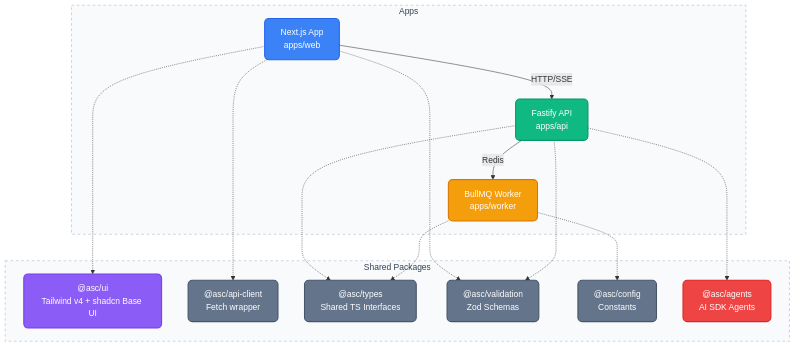
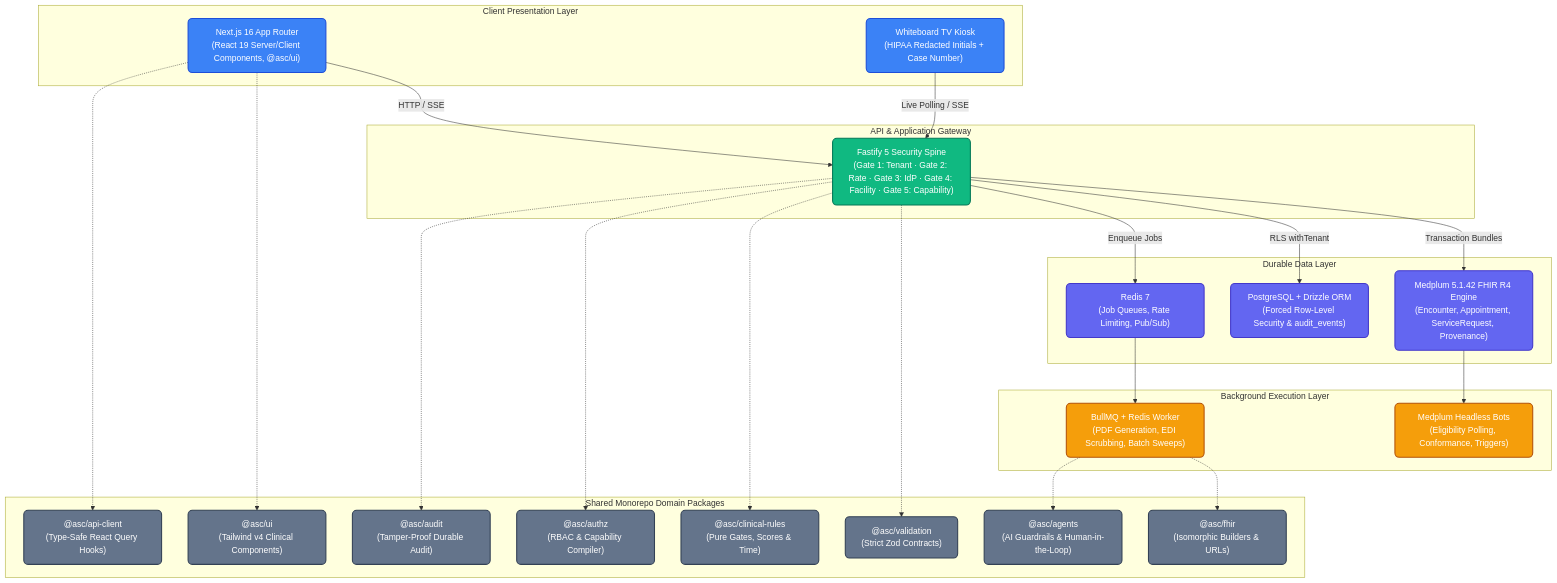
Before and after one commit to imRahul05/ASC-EHR: the third of 3 diagrams in README.md, drawn with Mermaid. The commit also changed other lines of this file, not shown here.

Commit message:
docs: overhaul root README with Anurag's ASC OS specification and delivery roadmap

````diff
--- a/README.md
+++ b/README.md
@@ -7,41 +163,56 @@
 ```mermaid
 flowchart TD
-    %% Node Styling Definitions
-    classDef webApp fill:#3b82f6,stroke:#2563eb,stroke-width:2px,color:#fff,rx:8px,ry:8px
-    classDef apiApp fill:#10b981,stroke:#059669,stroke-width:2px,color:#fff,rx:8px,ry:8px
-    classDef workerApp fill:#f59e0b,stroke:#d97706,stroke-width:2px,color:#fff,rx:8px,ry:8px
-    classDef packageUI fill:#8b5cf6,stroke:#7c3aed,stroke-width:2px,color:#fff,rx:8px,ry:8px
-    classDef packageCore fill:#64748b,stroke:#475569,stroke-width:2px,color:#fff,rx:8px,ry:8px
-    classDef packageAI fill:#ef4444,stroke:#dc2626,stroke-width:2px,color:#fff,rx:8px,ry:8px
-    classDef container fill:#f8fafc,stroke:#cbd5e1,stroke-width:2px,stroke-dasharray: 5 5,color:#334155
+    classDef clientLayer fill:#3b82f6,stroke:#1d4ed8,stroke-width:2px,color:#fff,rx:8px,ry:8px
+    classDef apiLayer fill:#10b981,stroke:#047857,stroke-width:2px,color:#fff,rx:8px,ry:8px
+    classDef workerLayer fill:#f59e0b,stroke:#b45309,stroke-width:2px,color:#fff,rx:8px,ry:8px
+    classDef dataLayer fill:#6366f1,stroke:#4338ca,stroke-width:2px,color:#fff,rx:8px,ry:8px
+    classDef packageLayer fill:#64748b,stroke:#334155,stroke-width:2px,color:#fff,rx:8px,ry:8px
 
-    subgraph Apps ["Apps"]
-        Web["Next.js App<br/>apps/web"]:::webApp
-        API["Fastify API<br/>apps/api"]:::apiApp
-        Worker["BullMQ Worker<br/>apps/worker"]:::workerApp
+    subgraph Client ["Client Presentation Layer"]
+        Web["Next.js 16 App Router<br/>(React 19 Server/Client Components, @asc/ui)"]:::clientLayer
+        Kiosk["Whiteboard TV Kiosk<br/>(HIPAA Redacted Initials + Case Number)"]:::clientLayer
     end
 
-    subgraph SharedPackages ["Shared Packages"]
-        UI["@asc/ui<br/>Tailwind v4 + shadcn Base UI"]:::packageUI
-        APIClient["@asc/api-client<br/>Fetch wrapper"]:::packageCore
-        Types["@asc/types<br/>Shared TS Interfaces"]:::packageCore
-        Validation["@asc/validation<br/>Zod Schemas"]:::packageCore
-        Config["@asc/config<br/>Constants"]:::packageCore
-        Agents["@asc/agents<br/>AI SDK Agents"]:::packageAI
+    subgraph Gateway ["API & Application Gateway"]
+        API["Fastify 5 Security Spine<br/>(Gate 1: Tenant · Gate 2: Rate · Gate 3: IdP · Gate 4: Facility · Gate 5: Capability)"]:::apiLayer
     end
 
-    class Apps,SharedPackages container
+    subgraph AsyncWorker ["Background Execution Layer"]
+        Worker["BullMQ + Redis Worker<br/>(PDF Generation, EDI Scrubbing, Batch Sweeps)"]:::workerLayer
+        Bots["Medplum Headless Bots<br/>(Eligibility Polling, Conformance, Triggers)"]:::workerLayer
+    end
 
-    Web -->|HTTP/SSE| API
-    Web -.-> UI
-    Web -.-> APIClient
-    Web -.-> Validation
-    
-    API -->|Redis| Worker
+    subgraph DataStore ["Durable Data Layer"]
+        Medplum["Medplum 5.1.42 FHIR R4 Engine<br/>(Encounter, Appointment, ServiceRequest, Provenance)"]:::dataLayer
+        Postgres["PostgreSQL + Drizzle ORM<br/>(Forced Row-Level Security & audit_events)"]:::dataLayer
+        RedisStore["Redis 7<br/>(Job Queues, Rate Limiting, Pub/Sub)"]:::dataLayer
+    end
+
+    subgraph Packages ["Shared Monorepo Domain Packages"]
+        Validation["@asc/validation<br/>(Strict Zod Contracts)"]:::packageLayer
+        FHIRPkg["@asc/fhir<br/>(Isomorphic Builders & URLs)"]:::packageLayer
+        RulesPkg["@asc/clinical-rules<br/>(Pure Gates, Scores & Time)"]:::packageLayer
+        AuthzPkg["@asc/authz<br/>(RBAC & Capability Compiler)"]:::packageLayer
+        UIPkg["@asc/ui<br/>(Tailwind v4 Clinical Components)"]:::packageLayer
+        ClientPkg["@asc/api-client<br/>(Type-Safe React Query Hooks)"]:::packageLayer
+        AgentPkg["@asc/agents<br/>(AI Guardrails & Human-in-the-Loop)"]:::packageLayer
+        AuditPkg["@asc/audit<br/>(Tamper-Proof Durable Audit)"]:::packageLayer
+    end
+
+    Web -->|HTTP / SSE| API
+    Kiosk -->|Live Polling / SSE| API
+    API -->|Transaction Bundles| Medplum
+    API -->|RLS withTenant| Postgres
+    API -->|Enqueue Jobs| RedisStore
+    RedisStore --> Worker
+    Medplum --> Bots
+
     API -.-> Validation
-    API -.-> Types
-    API -.-> Agents
-
-    Worker -.-> Types
-    Worker -.-> Config
+    API -.-> RulesPkg
+    API -.-> AuthzPkg
+    API -.-> AuditPkg
+    Web -.-> UIPkg
+    Web -.-> ClientPkg
+    Worker -.-> FHIRPkg
+    Worker -.-> AgentPkg
 ```
````
